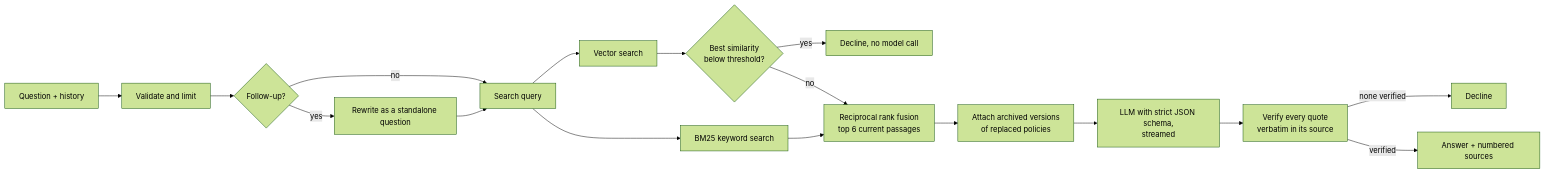
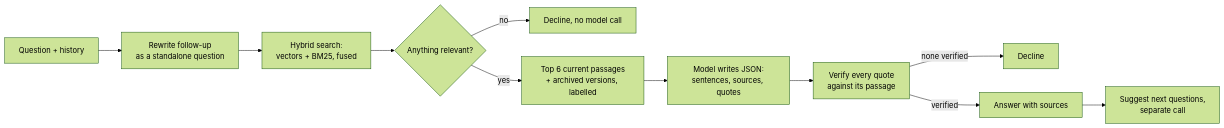
Before and after one commit to alinakkuznetsova/ask-the-studio: the diagram in README.md, drawn with Mermaid (forest theme). The commit also changed other lines of this file and 2 other files, not shown here.

First line of the commit message:
Rewrite the README and add design and evaluation docs

````diff
--- a/README.md
+++ b/README.md
@@ -84,19 +47,13 @@
 ```mermaid
 flowchart LR
-  Q[Question + history] --> V[Validate and limit]
-  V --> RW{Follow-up?}
-  RW -- yes --> R1[Rewrite as a standalone question]
-  RW -- no --> SQ[Search query]
-  R1 --> SQ
-  SQ --> VS[Vector search]
-  SQ --> BM[BM25 keyword search]
-  VS --> G{Best similarity<br/>below threshold?}
-  G -- yes --> D[Decline, no model call]
-  G -- no --> F[Reciprocal rank fusion<br/>top 6 current passages]
-  BM --> F
-  F --> A[Attach archived versions<br/>of replaced policies]
-  A --> L[LLM with strict JSON schema,<br/>streamed]
-  L --> C[Verify every quote<br/>verbatim in its source]
-  C -- none verified --> D2[Decline]
-  C -- verified --> OUT[Answer + numbered sources]
+  Q[Question + history] --> RW[Rewrite follow-up<br/>as a standalone question]
+  RW --> H[Hybrid search:<br/>vectors + BM25, fused]
+  H --> G{Anything relevant?}
+  G -- no --> D[Decline, no model call]
+  G -- yes --> F[Top 6 current passages<br/>+ archived versions, labelled]
+  F --> L[Model writes JSON:<br/>sentences, sources, quotes]
+  L --> V[Verify every quote<br/>against its passage]
+  V -- none verified --> D2[Decline]
+  V -- verified --> OUT[Answer with sources]
+  OUT --> S[Suggest next questions,<br/>separate call]
 ```
````
